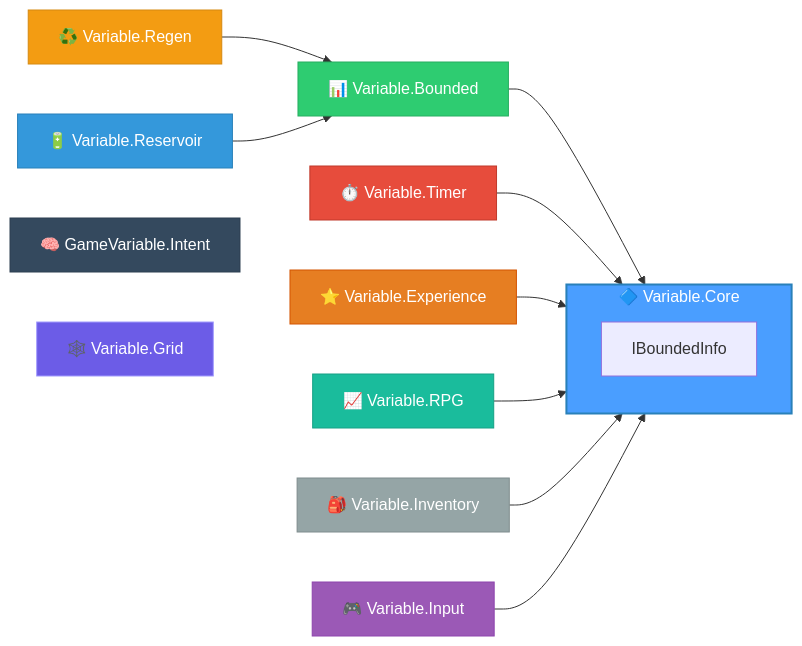
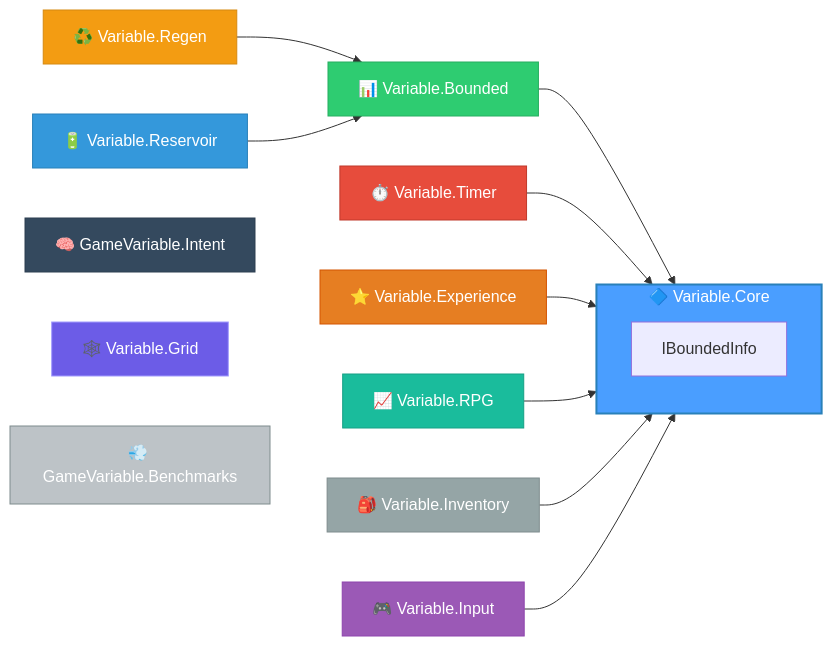
Before and after one commit to IAFahim/GameVariable: the diagram in README.md, drawn with Mermaid. The commit also changed other lines of this file and 9 other files, not shown here.

First line of the commit message:
feat(docs): Update documentation for all GameVariable packages

````diff
--- a/README.md
+++ b/README.md
@@ -79,29 +79,31 @@
 ```mermaid
 graph LR
     subgraph Core["🔷 Variable.Core"]
         IBoundedInfo["IBoundedInfo"]
     end
     
     Bounded["📊 Variable.Bounded"] --> Core
     Timer["⏱️ Variable.Timer"] --> Core
     Regen["♻️ Variable.Regen"] --> Bounded
     Reservoir["🔋 Variable.Reservoir"] --> Bounded
     Experience["⭐ Variable.Experience"] --> Core
     RPG["📈 Variable.RPG"] --> Core
     Inventory["🎒 Variable.Inventory"] --> Core
     Input["🎮 Variable.Input"] --> Core
     Intent["🧠 GameVariable.Intent"]
     Grid["🕸️ Variable.Grid"]
+    Benchmarks["💨 GameVariable.Benchmarks"]
     
     style Core fill:#4a9eff,stroke:#2980b9,stroke-width:2px,color:#fff
     style Bounded fill:#2ecc71,stroke:#27ae60,color:#fff
     style Timer fill:#e74c3c,stroke:#c0392b,color:#fff
     style Regen fill:#f39c12,stroke:#d68910,color:#fff
     style Reservoir fill:#3498db,stroke:#2980b9,color:#fff
     style Experience fill:#e67e22,stroke:#d35400,color:#fff
     style RPG fill:#1abc9c,stroke:#16a085,color:#fff
     style Inventory fill:#95a5a6,stroke:#7f8c8d,color:#fff
     style Input fill:#9b59b6,stroke:#8e44ad,color:#fff
     style Intent fill:#34495e,stroke:#2c3e50,color:#fff
     style Grid fill:#6c5ce7,stroke:#a29bfe,color:#fff
+    style Benchmarks fill:#bdc3c7,stroke:#7f8c8d,color:#fff
 ```
````
